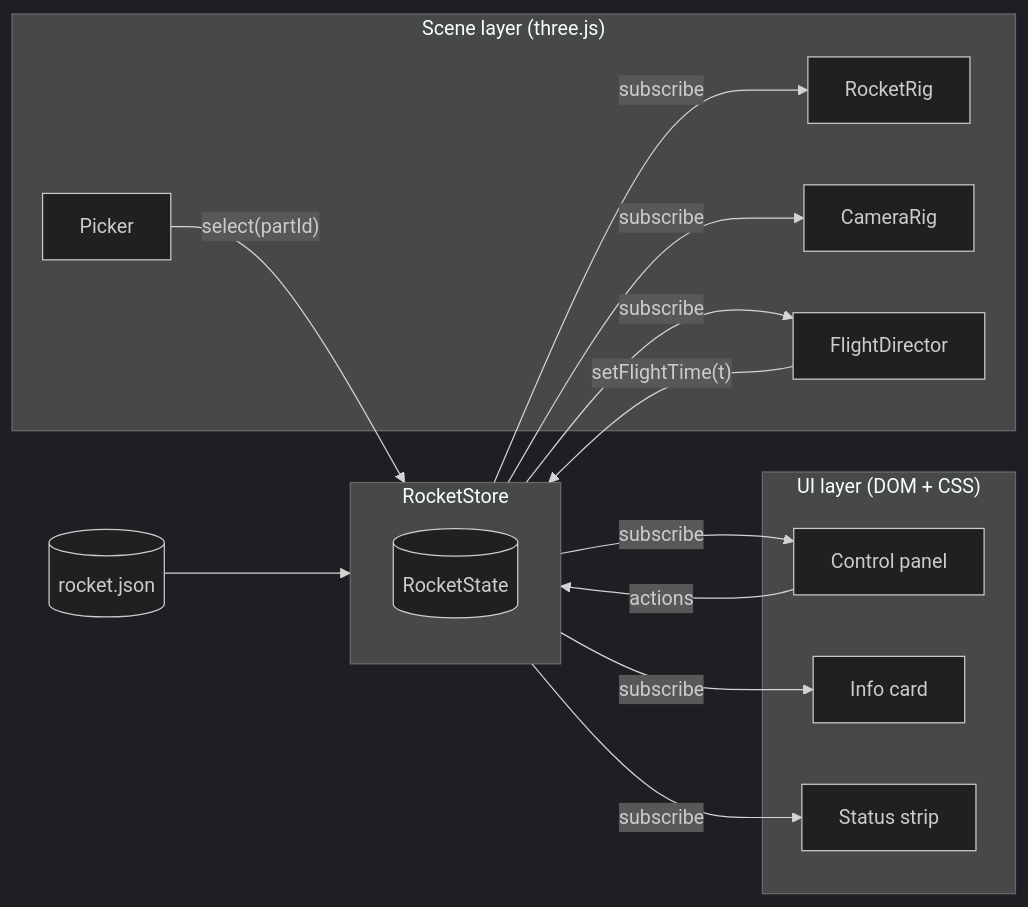
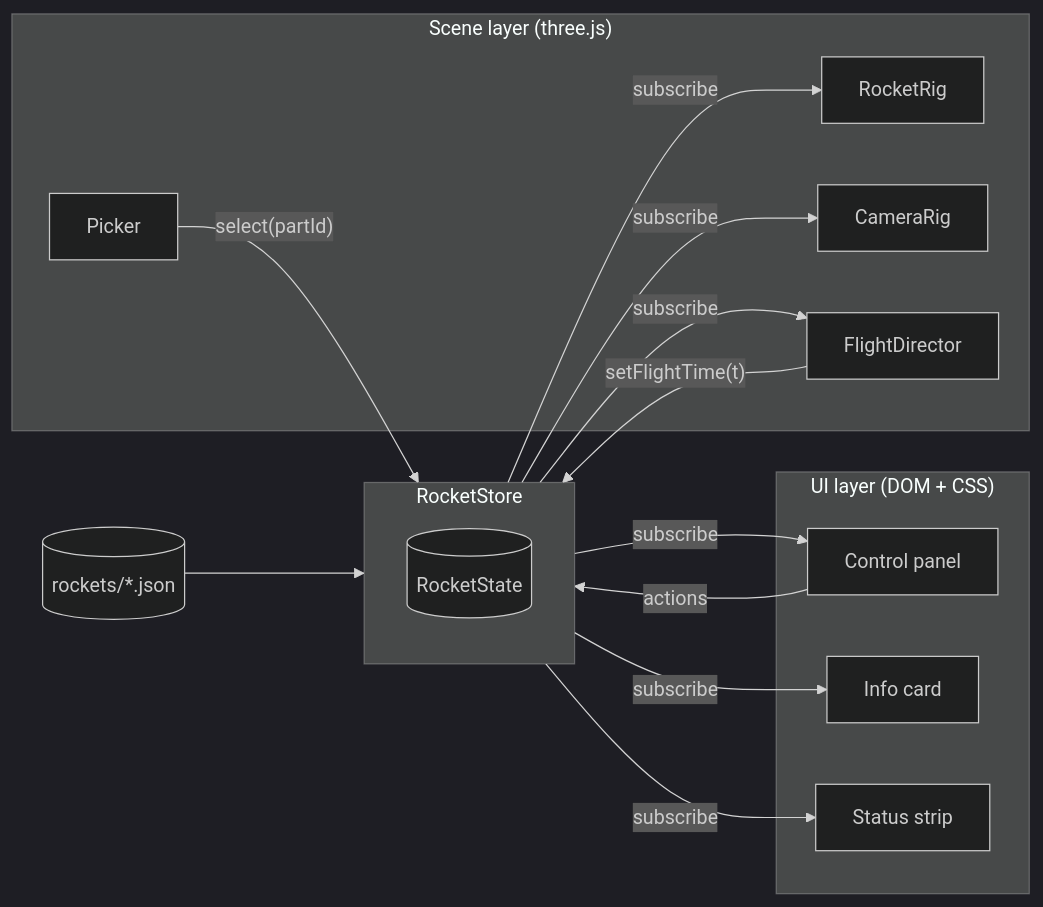
The diagram in docs/houston-design.md (EstefanHu/houston), drawn with Mermaid (dark theme) before and after one commit. The commit also changed other lines of this file and 33 other files, not shown here.

````diff
--- a/docs/houston-design.md
+++ b/docs/houston-design.md
@@ -108,23 +108,23 @@
 ```mermaid
 flowchart LR
     subgraph UI["UI layer (DOM + CSS)"]
         Panel[Control panel]
         Card[Info card]
         Strip[Status strip]
     end
     subgraph Store["RocketStore"]
         State[(RocketState)]
     end
     subgraph Scene["Scene layer (three.js)"]
         Rig[RocketRig]
         Picker[Picker]
         Cam[CameraRig]
         Flight[FlightDirector]
     end
-    Data[(rocket.json)] --> Store
+    Data[(rockets/*.json)] --> Store
     Panel -- actions --> Store
     Store -- subscribe --> Panel & Card & Strip
     Store -- subscribe --> Rig & Cam & Flight
     Picker -- select(partId) --> Store
     Flight -- setFlightTime(t) --> Store
 ```
````
